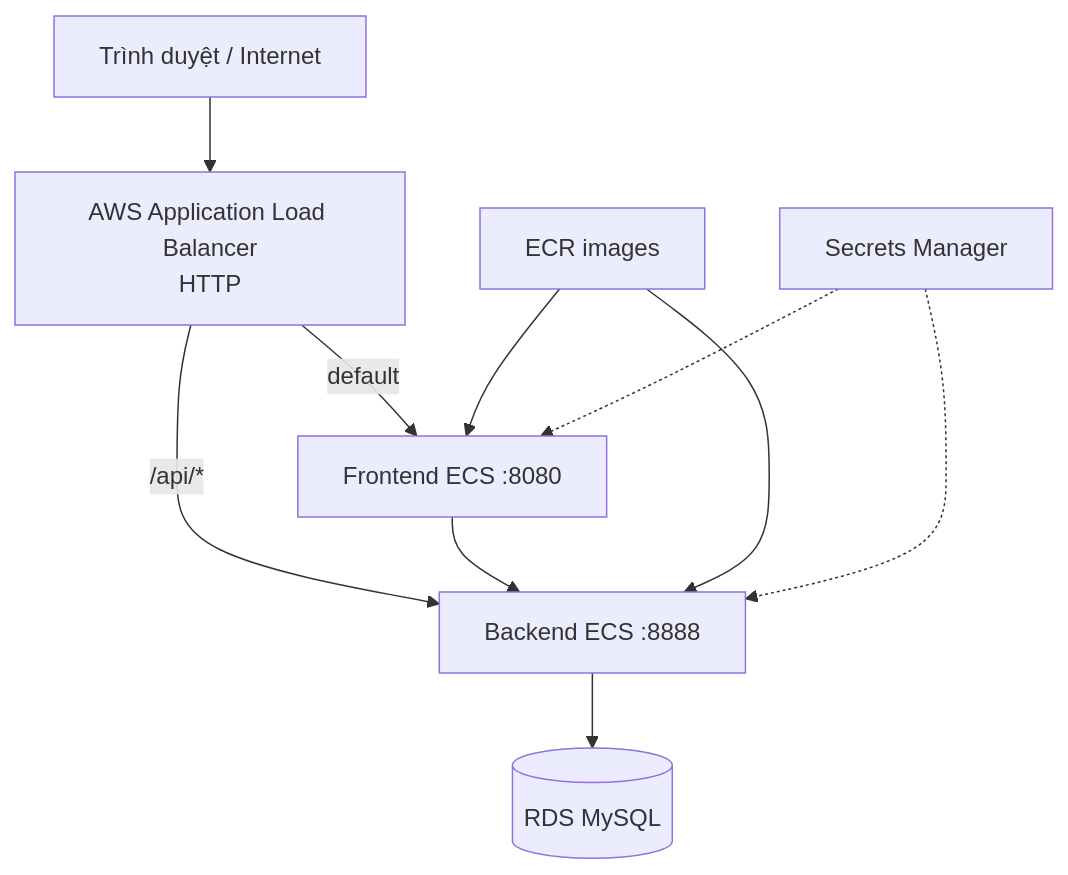
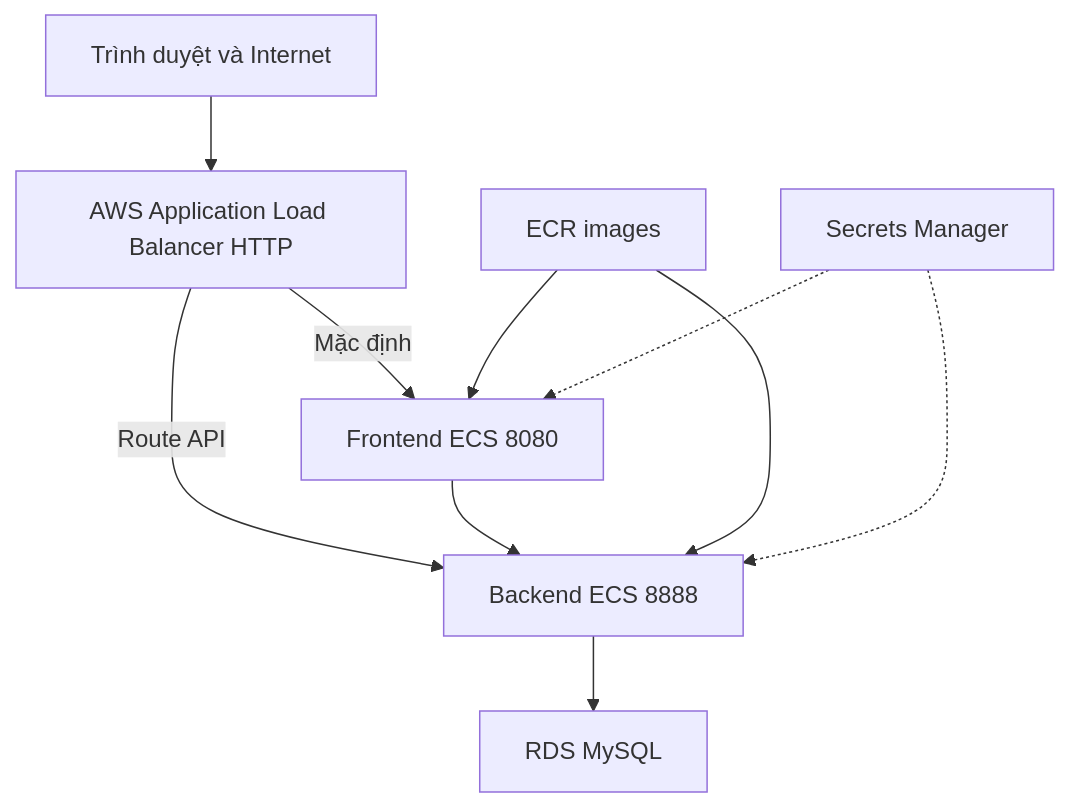
Before and after one commit to L1nkinPark/EduFlowPlatform: the diagram in content/5-Workshop/5.1-Workshop-overview/_index.vi.md, drawn with Mermaid. The commit also changed 5 other files, not shown here.

````diff
--- a/content/5-Workshop/5.1-Workshop-overview/_index.vi.md
+++ b/content/5-Workshop/5.1-Workshop-overview/_index.vi.md
@@ -16,12 +16,12 @@
 ```mermaid
-flowchart TB
-    Internet["Trình duyệt / Internet"] --> ALB["AWS Application Load Balancer\nHTTP"]
-    ALB -->|"default"| FE["Frontend ECS :8080"]
-    ALB -->|"/api/*"| BE["Backend ECS :8888"]
+graph TB
+    Internet[Trình duyệt và Internet] --> ALB[AWS Application Load Balancer HTTP]
+    ALB -->|Mặc định| FE[Frontend ECS 8080]
+    ALB -->|Route API| BE[Backend ECS 8888]
     FE --> BE
-    BE --> DB[("RDS MySQL")]
-    ECR["ECR images"] --> FE
+    BE --> DB[RDS MySQL]
+    ECR[ECR images] --> FE
     ECR --> BE
-    SM["Secrets Manager"] -.-> FE
+    SM[Secrets Manager] -.-> FE
     SM -.-> BE
 ```
````
